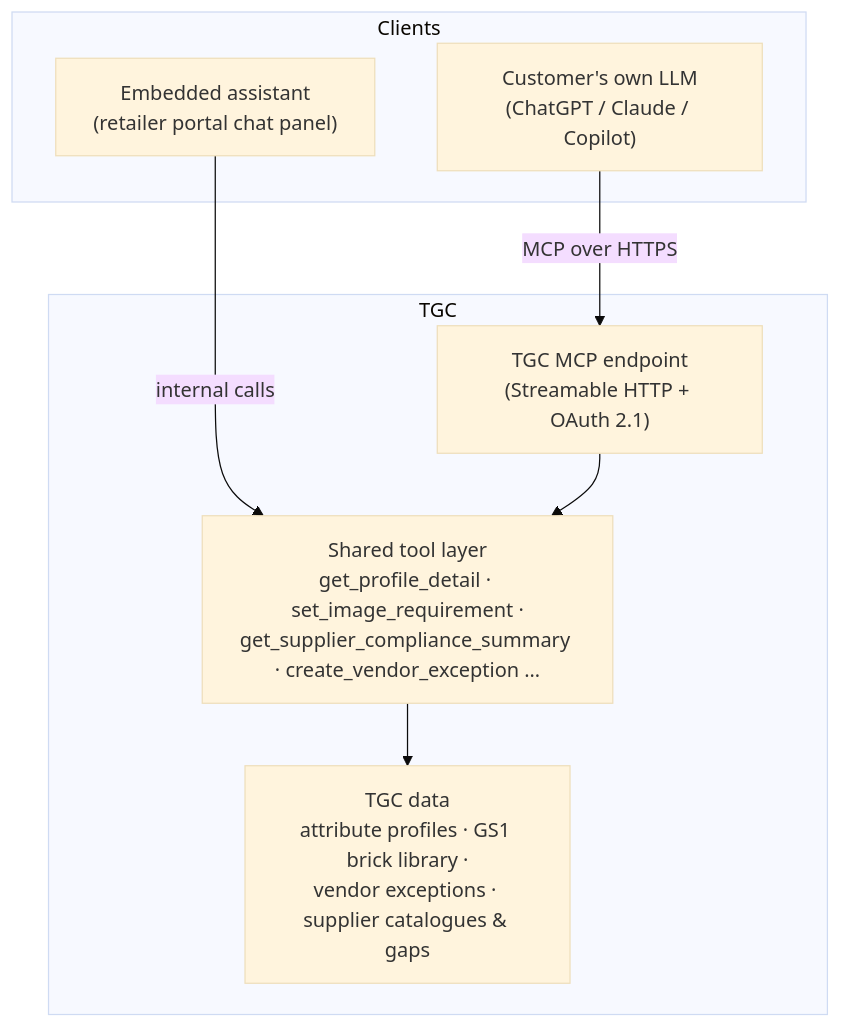
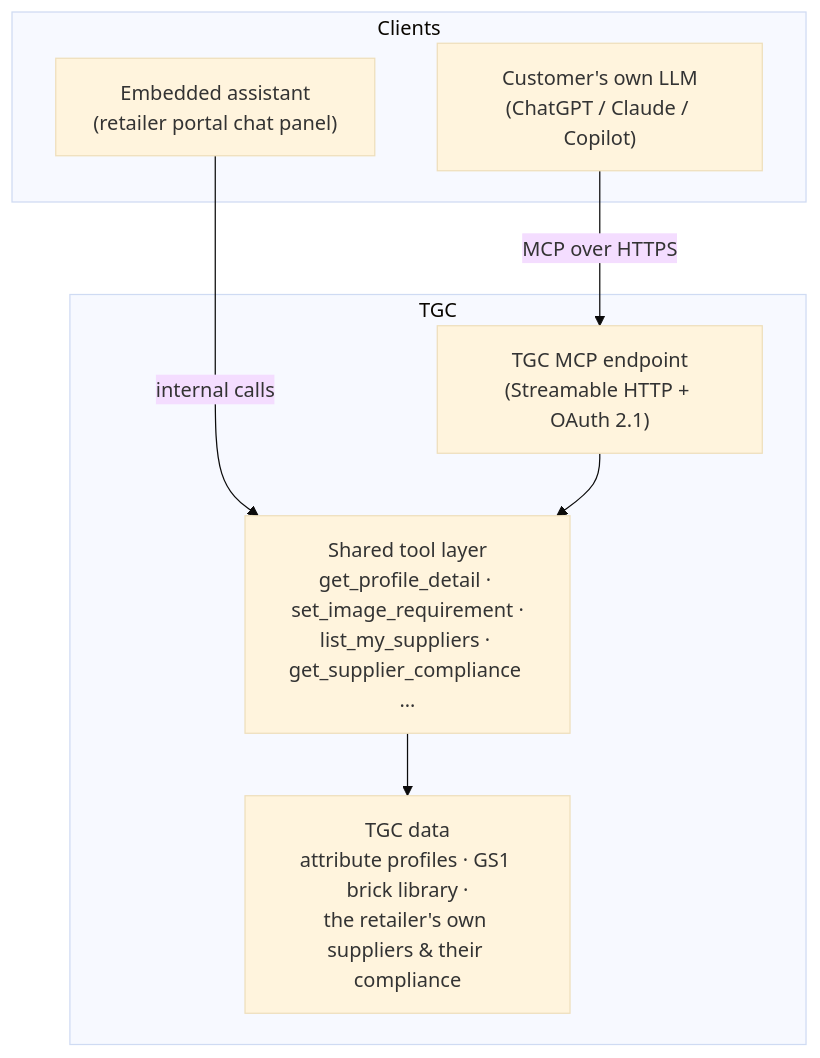
Before and after one commit to singhwanderer/v0-retailer-specific: the diagram in docs/mcp-concept.md, drawn with Mermaid (base theme). The commit also changed other lines of this file and 7 other files, not shown here.

````diff
--- a/docs/mcp-concept.md
+++ b/docs/mcp-concept.md
@@ -48,18 +48,18 @@
 ```mermaid
 flowchart TB
     subgraph Clients
         A["Embedded assistant<br/>(retailer portal chat panel)"]
         B["Customer's own LLM<br/>(ChatGPT / Claude / Copilot)"]
     end
 
     subgraph TGC
         M["TGC MCP endpoint<br/>(Streamable HTTP + OAuth 2.1)"]
-        T["Shared tool layer<br/>get_profile_detail · set_image_requirement ·<br/>get_supplier_compliance_summary · create_vendor_exception …"]
-        D["TGC data<br/>attribute profiles · GS1 brick library ·<br/>vendor exceptions · supplier catalogues & gaps"]
+        T["Shared tool layer<br/>get_profile_detail · set_image_requirement ·<br/>list_my_suppliers · get_supplier_compliance …"]
+        D["TGC data<br/>attribute profiles · GS1 brick library ·<br/>the retailer's own suppliers & their compliance"]
     end
 
     A -->|internal calls| T
     B -->|MCP over HTTPS| M
     M --> T
     T --> D
 ```
````
